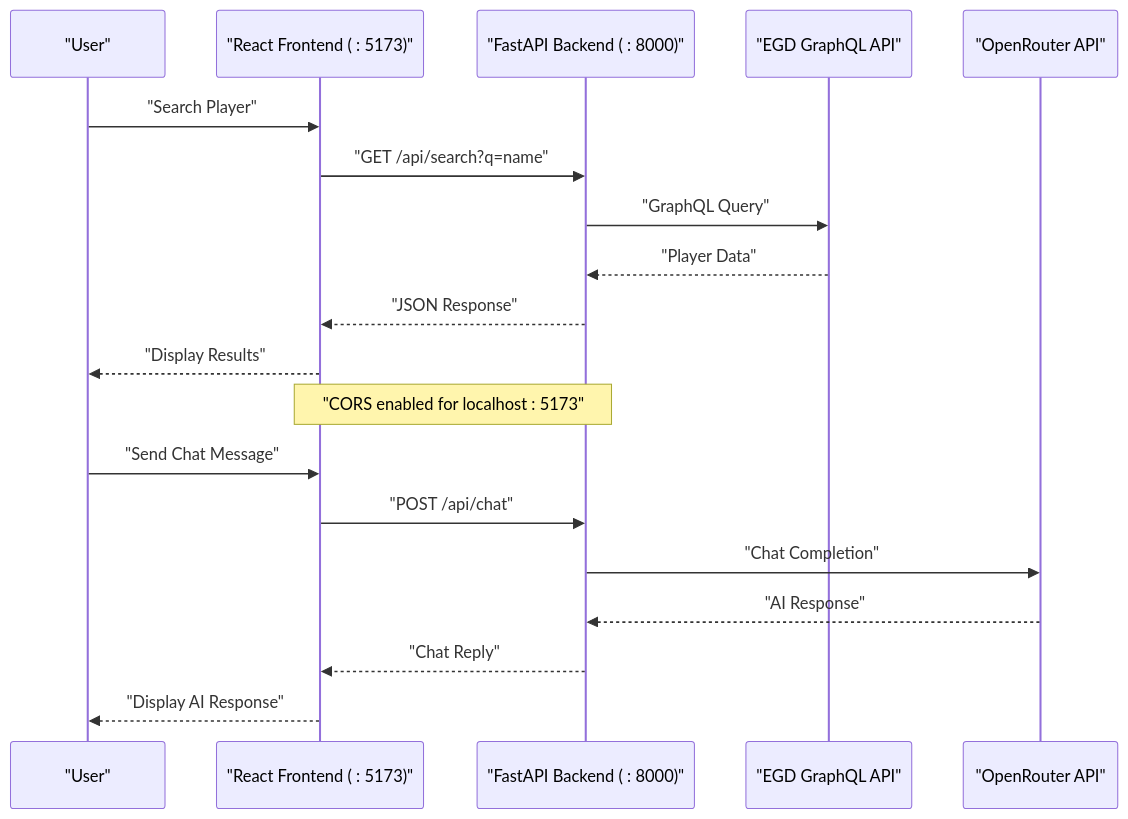
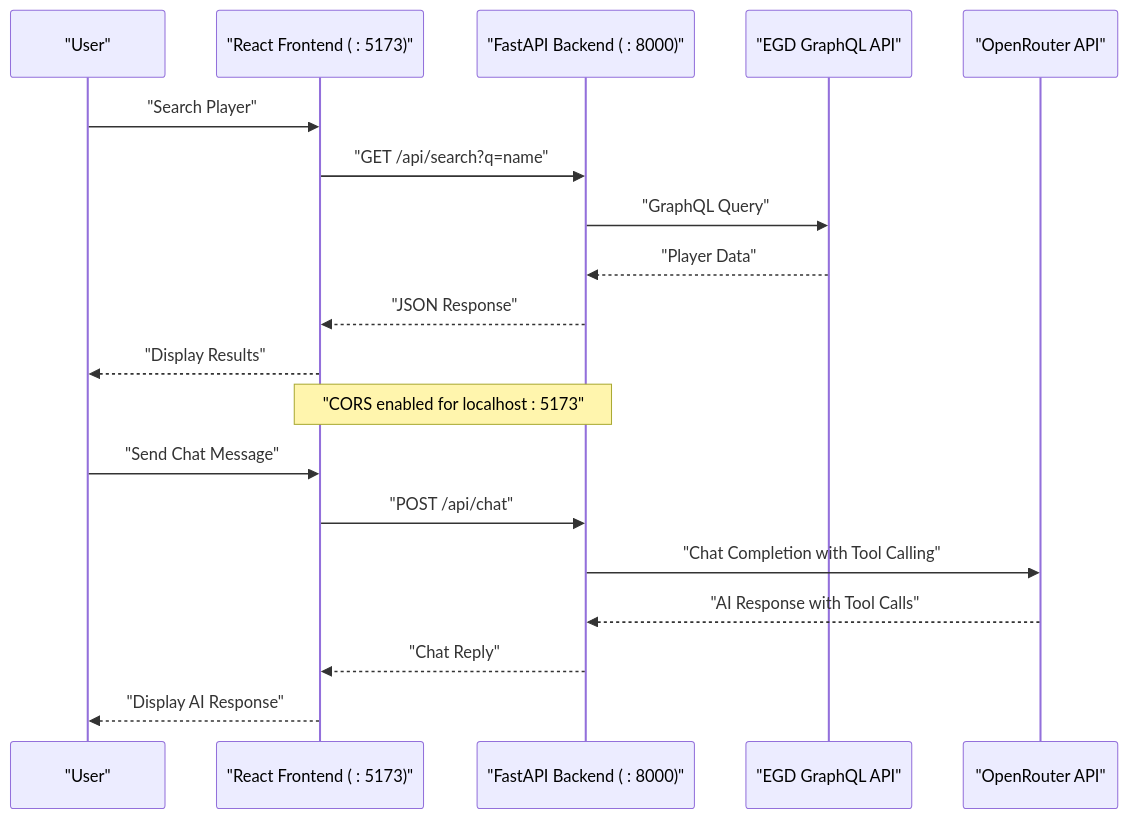
Before and after one commit to Ragnar1999/GoNow: the second of 3 diagrams in .qoder/repowiki/en/content/Getting Started.md, drawn with Mermaid. The commit also changed other lines of this file and 10 other files, not shown here.

````diff
--- a/.qoder/repowiki/en/content/Getting Started.md
+++ b/.qoder/repowiki/en/content/Getting Started.md
@@ -114,21 +116,21 @@
 ```mermaid
 sequenceDiagram
 participant User as "User"
 participant Frontend as "React Frontend ( : 5173)"
 participant Backend as "FastAPI Backend ( : 8000)"
 participant EGD as "EGD GraphQL API"
 participant OpenRouter as "OpenRouter API"
 User->>Frontend : "Search Player"
 Frontend->>Backend : "GET /api/search?q=name"
 Backend->>EGD : "GraphQL Query"
 EGD-->>Backend : "Player Data"
 Backend-->>Frontend : "JSON Response"
 Frontend-->>User : "Display Results"
 Note over Frontend,Backend : "CORS enabled for localhost : 5173"
 User->>Frontend : "Send Chat Message"
 Frontend->>Backend : "POST /api/chat"
-Backend->>OpenRouter : "Chat Completion"
-OpenRouter-->>Backend : "AI Response"
+Backend->>OpenRouter : "Chat Completion with Tool Calling"
+OpenRouter-->>Backend : "AI Response with Tool Calls"
 Backend-->>Frontend : "Chat Reply"
 Frontend-->>User : "Display AI Response"
 ```
````
